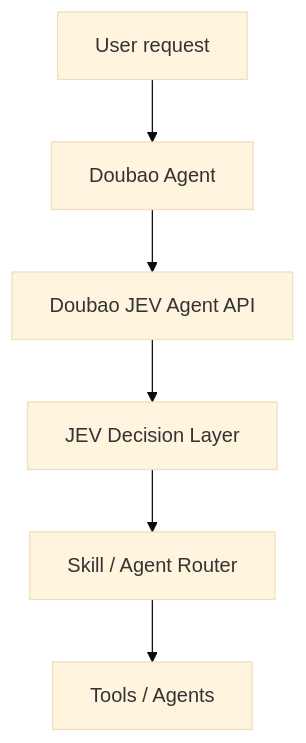
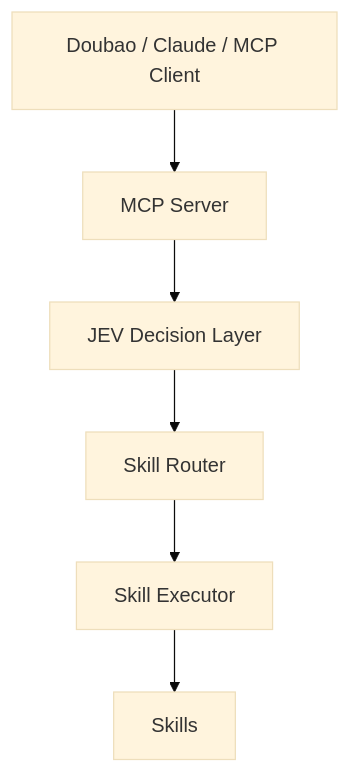
One commit to qinpei-dev/Doubao-jev-agent changed the diagram in README.md. Above: the diagram before and after it, drawn with Mermaid (base theme). The commit also changed other lines of this file, not shown here.

````diff
--- a/README.md
+++ b/README.md
@@ -15,8 +13,15 @@
 ```mermaid
 flowchart TD
-    U[User request] --> D[Doubao Agent]
-    D --> J[Doubao JEV Agent API]
-    J --> E[JEV Decision Layer]
-    E --> R[Skill / Agent Router]
-    R --> T[Tools / Agents]
+    A[Doubao / Claude / MCP Client]
+    B[MCP Server]
+    C[JEV Decision Layer]
+    D[Skill Router]
+    E[Skill Executor]
+    F[Skills]
+
+    A --> B
+    B --> C
+    C --> D
+    D --> E
+    E --> F
 ```
````
